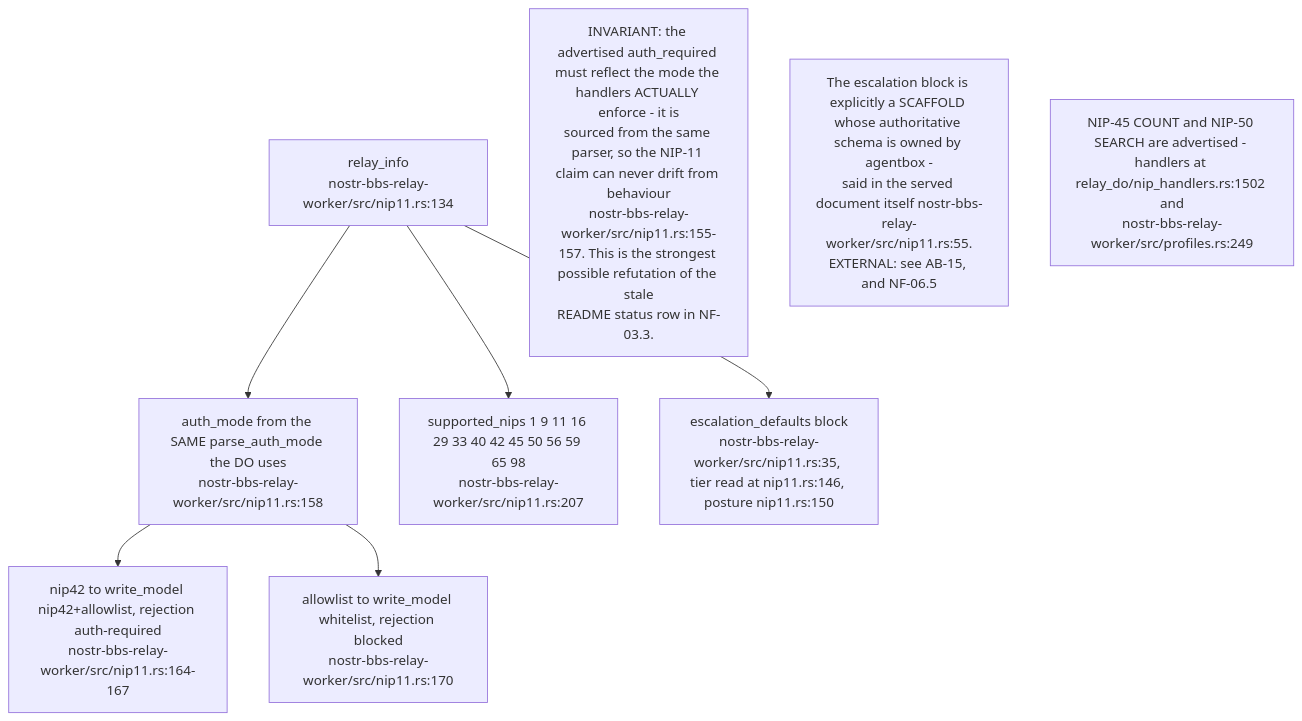
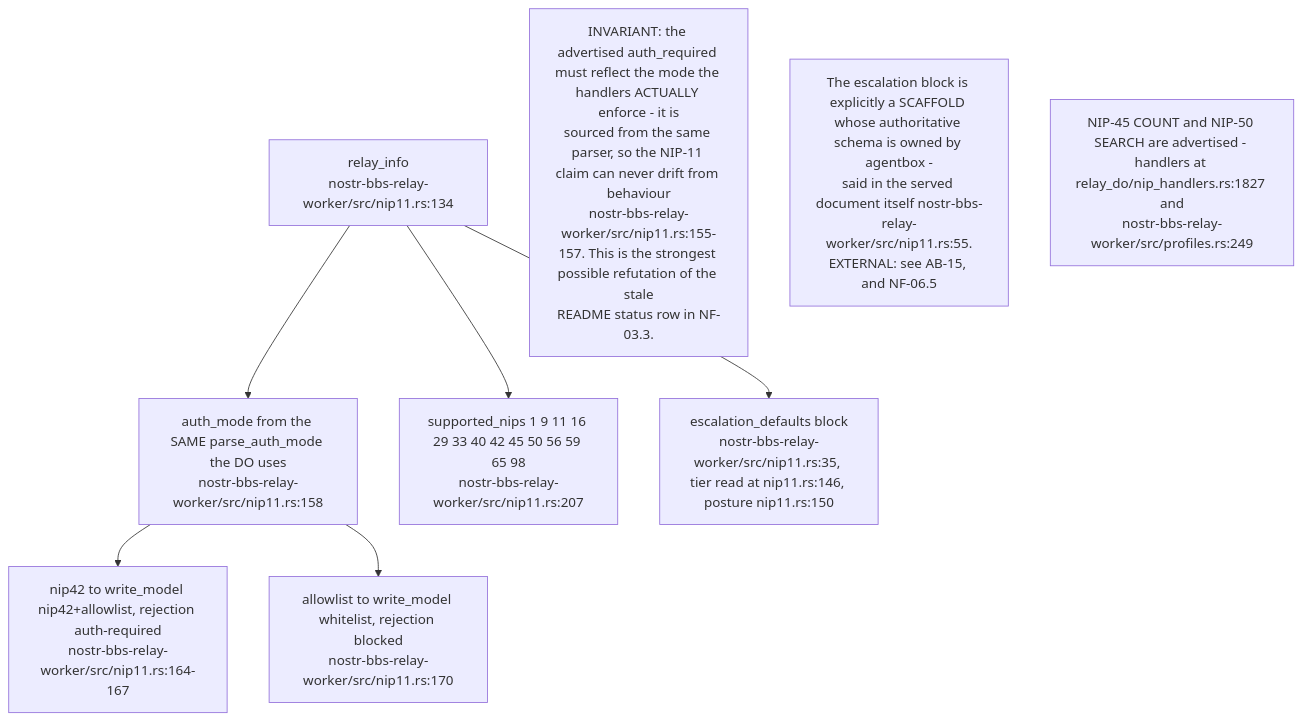
One commit to DreamLab-AI/VisionFlow changed diagram 14 of 15 in docs/diagrams/nostr-rust-forum/11-relay-durable-object-internals.md. Above: the diagram before and after it, drawn with Mermaid. The commit also changed other lines of this file and 11 other files, not shown here.

````diff
--- a/docs/diagrams/nostr-rust-forum/11-relay-durable-object-internals.md
+++ b/docs/diagrams/nostr-rust-forum/11-relay-durable-object-internals.md
@@ -365,17 +396,17 @@
 ```mermaid
 flowchart TB
     RI["relay_info<br/>nostr-bbs-relay-worker/src/nip11.rs:134"]
     AM["auth_mode from the SAME parse_auth_mode the DO uses<br/>nostr-bbs-relay-worker/src/nip11.rs:158"]
     LBL["nip42 to write_model nip42+allowlist, rejection auth-required<br/>nostr-bbs-relay-worker/src/nip11.rs:164-167"]
     ALT["allowlist to write_model whitelist, rejection blocked<br/>nostr-bbs-relay-worker/src/nip11.rs:170"]
     NIPS["supported_nips 1 9 11 16 29 33 40 42 45 50 56 59 65 98<br/>nostr-bbs-relay-worker/src/nip11.rs:207"]
     ESC["escalation_defaults block<br/>nostr-bbs-relay-worker/src/nip11.rs:35, tier read at nip11.rs:146, posture nip11.rs:150"]
 
     RI --> AM --> LBL
     AM --> ALT
     RI --> NIPS & ESC
 
     N1["INVARIANT: the advertised auth_required must reflect the mode the handlers ACTUALLY enforce - it is<br/>sourced from the same parser, so the NIP-11 claim can never drift from behaviour<br/>nostr-bbs-relay-worker/src/nip11.rs:155-157. This is the strongest possible refutation of the stale<br/>README status row in NF-03.3."]
     N2["The escalation block is explicitly a SCAFFOLD whose authoritative schema is owned by agentbox -<br/>said in the served document itself nostr-bbs-relay-worker/src/nip11.rs:55.<br/>EXTERNAL: see AB-15, and NF-06.5"]
-    N3["NIP-45 COUNT and NIP-50 SEARCH are advertised - handlers at relay_do/nip_handlers.rs:1502 and<br/>nostr-bbs-relay-worker/src/profiles.rs:249"]
+    N3["NIP-45 COUNT and NIP-50 SEARCH are advertised - handlers at relay_do/nip_handlers.rs:1827 and<br/>nostr-bbs-relay-worker/src/profiles.rs:249"]
 ```
````
